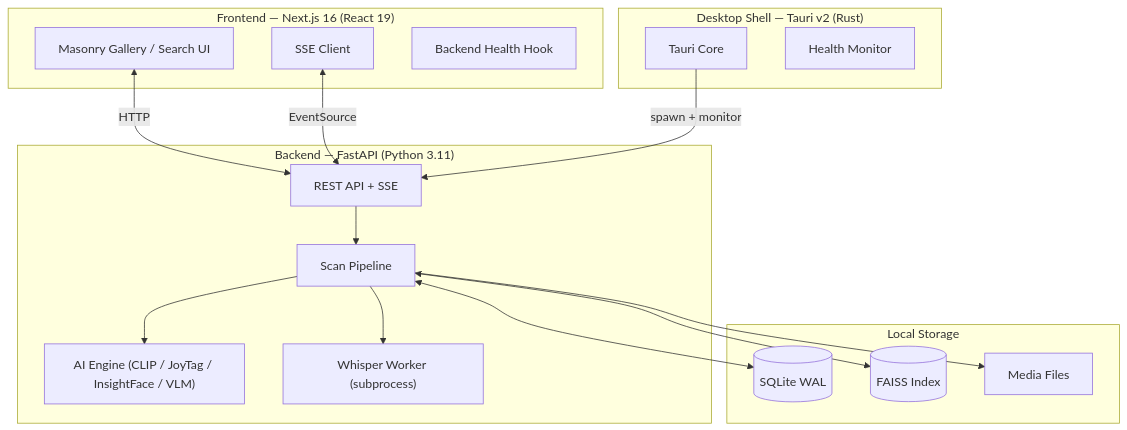
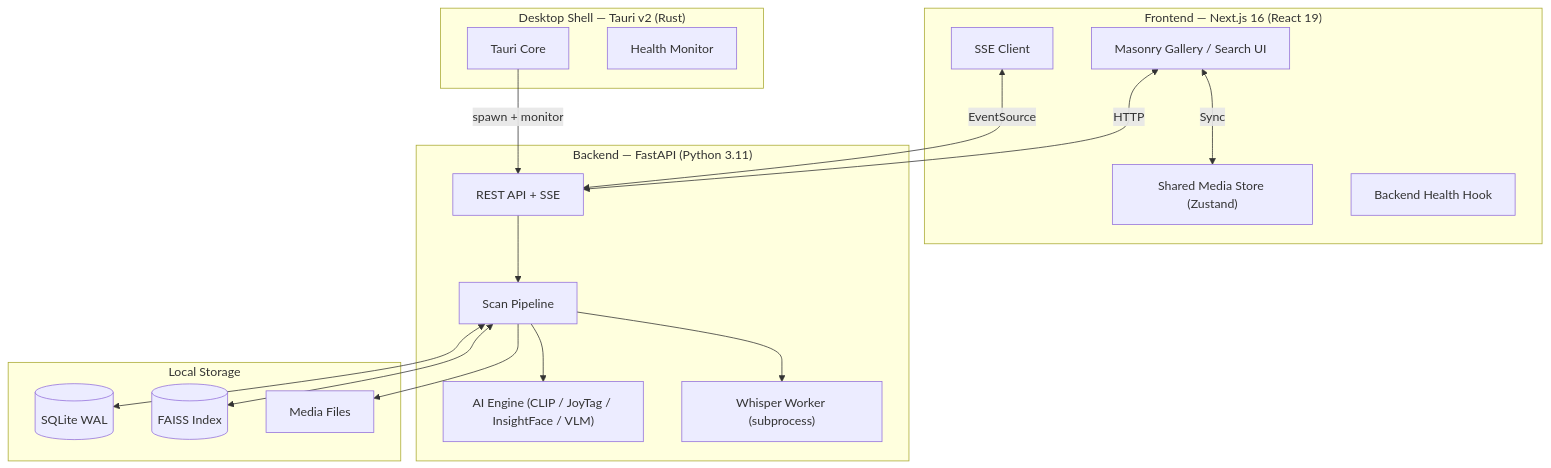
One commit to mayonaka-ratori/sortfileslocally changed the diagram in README.md. Above: the diagram before and after it, drawn with Mermaid. The commit also changed other lines of this file and 41 other files, not shown here.

Commit message:
docs: 2026 upgrade roadmap, Hyper-Fluid design, and documentation linting fixes; feat: implement shared media store and synced playback; fix: Sidebar types and globals.css warnings

````diff
--- a/README.md
+++ b/README.md
@@ -40,35 +42,37 @@
 ```mermaid
 graph TD
     subgraph "Desktop Shell — Tauri v2 (Rust)"
         Tauri["Tauri Core"]
         Monitor["Health Monitor"]
     end
 
     subgraph "Frontend — Next.js 16 (React 19)"
         UI["Masonry Gallery / Search UI"]
+        Store["Shared Media Store (Zustand)"]
         SSE["SSE Client"]
         Health["Backend Health Hook"]
     end
 
     subgraph "Backend — FastAPI (Python 3.11)"
         API["REST API + SSE"]
         Pipeline["Scan Pipeline"]
         AI["AI Engine (CLIP / JoyTag / InsightFace / VLM)"]
         Whisper["Whisper Worker (subprocess)"]
     end
 
     subgraph "Local Storage"
         SQLite[("SQLite WAL")]
         FAISS[("FAISS Index")]
         Files["Media Files"]
     end
 
+    UI <-->|Sync| Store
     UI <-->|HTTP| API
     SSE <-->|EventSource| API
     Tauri -->|spawn + monitor| API
     API --> Pipeline --> AI
     Pipeline --> Whisper
     Pipeline <--> SQLite
     Pipeline <--> FAISS
     Pipeline --> Files
 ```
````
